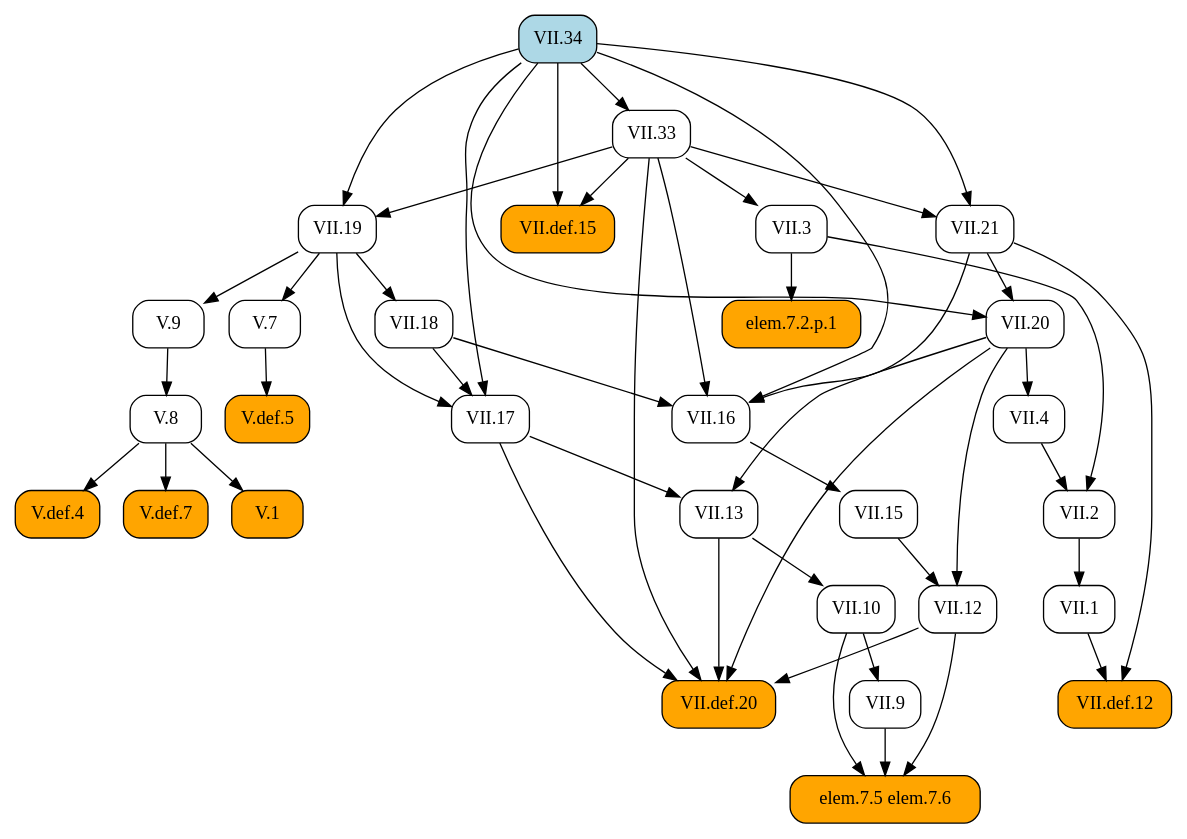
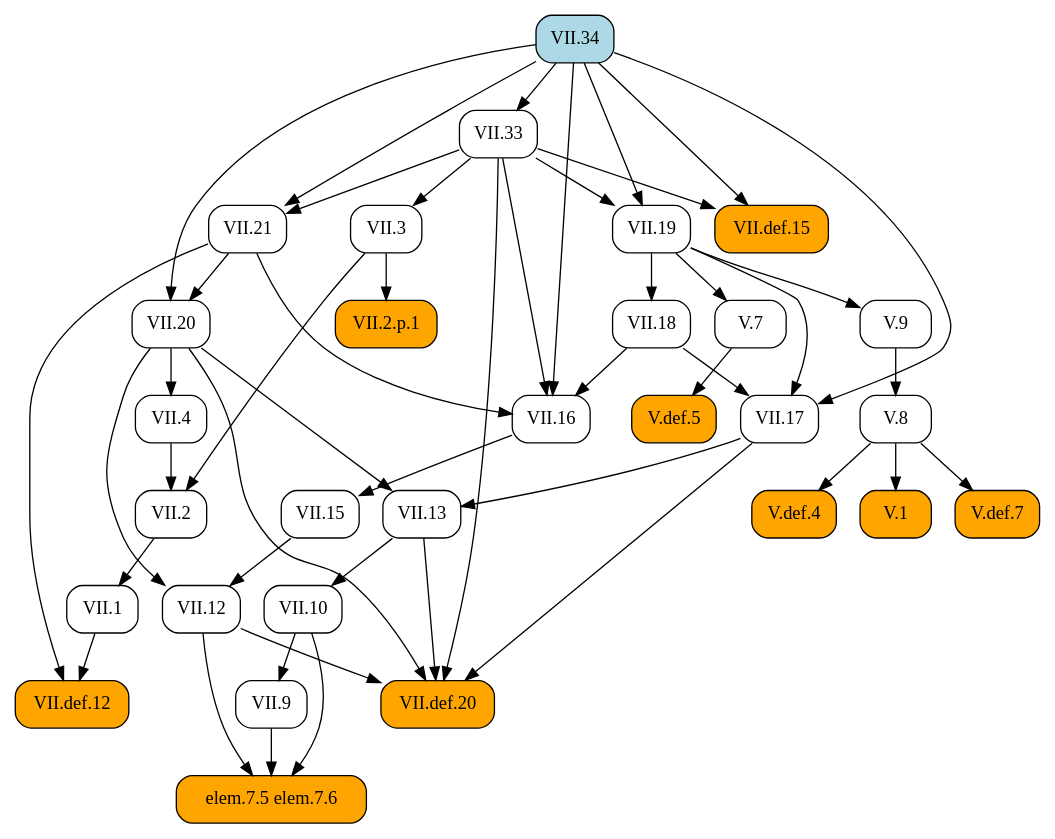
Before and after one commit to geometor/elements: the diagram in docsrc/heath/VII/34/index.rst, drawn with Graphviz. The commit also changed 484 other files, not shown here.

```diff
--- a/docsrc/heath/VII/34/index.rst
+++ b/docsrc/heath/VII/34/index.rst
@@ -81,80 +81,80 @@
    digraph {
      rankdir="TB";
      node [shape=box, style=rounded];
-     "VII.def.12" [style="rounded,filled", fillcolor=orange, URL="/heath/VII/def.12/", target="_top"];
-     "V.8" [URL="/heath/V/8/", target="_top"];
      "VII.33" [URL="/heath/VII/33/", target="_top"];
-     "VII.1" [URL="/heath/VII/1/", target="_top"];
-     "elem.7.2.p.1" [style="rounded,filled", fillcolor=orange];
-     "VII.10" [URL="/heath/VII/10/", target="_top"];
+     "VII.12" [URL="/heath/VII/12/", target="_top"];
+     "elem.7.5 elem.7.6" [style="rounded,filled", fillcolor=orange];
+     "V.def.7" [style="rounded,filled", fillcolor=orange, URL="/heath/V/def.7/", target="_top"];
      "VII.9" [URL="/heath/VII/9/", target="_top"];
-     "VII.def.15" [style="rounded,filled", fillcolor=orange, URL="/heath/VII/def.15/", target="_top"];
-     "V.def.5" [style="rounded,filled", fillcolor=orange, URL="/heath/V/def.5/", target="_top"];
-     "VII.19" [URL="/heath/VII/19/", target="_top"];
+     "VII.34" [style="rounded,filled", fillcolor=lightblue, URL="/heath/VII/34/", target="_top"];
      "VII.18" [URL="/heath/VII/18/", target="_top"];
      "VII.16" [URL="/heath/VII/16/", target="_top"];
+     "V.7" [URL="/heath/V/7/", target="_top"];
+     "VII.21" [URL="/heath/VII/21/", target="_top"];
+     "V.def.5" [style="rounded,filled", fillcolor=orange, URL="/heath/V/def.5/", target="_top"];
+     "V.def.4" [style="rounded,filled", fillcolor=orange, URL="/heath/V/def.4/", target="_top"];
+     "V.9" [URL="/heath/V/9/", target="_top"];
+     "VII.1" [URL="/heath/VII/1/", target="_top"];
+     "VII.10" [URL="/heath/VII/10/", target="_top"];
+     "V.8" [URL="/heath/V/8/", target="_top"];
+     "VII.13" [URL="/heath/VII/13/", target="_top"];
      "VII.4" [URL="/heath/VII/4/", target="_top"];
-     "VII.21" [URL="/heath/VII/21/", target="_top"];
+     "VII.2.p.1" [style="rounded,filled", fillcolor=orange];
+     "VII.def.12" [style="rounded,filled", fillcolor=orange, URL="/heath/VII/def.12/", target="_top"];
+     "VII.20" [URL="/heath/VII/20/", target="_top"];
      "V.1" [style="rounded,filled", fillcolor=orange, URL="/heath/V/1/", target="_top"];
+     "VII.def.15" [style="rounded,filled", fillcolor=orange, URL="/heath/VII/def.15/", target="_top"];
      "VII.3" [URL="/heath/VII/3/", target="_top"];
      "VII.17" [URL="/heath/VII/17/", target="_top"];
-     "elem.7.5 elem.7.6" [style="rounded,filled", fillcolor=orange];
-     "VII.20" [URL="/heath/VII/20/", target="_top"];
-     "V.7" [URL="/heath/V/7/", target="_top"];
-     "VII.34" [style="rounded,filled", fillcolor=lightblue, URL="/heath/VII/34/", target="_top"];
-     "V.9" [URL="/heath/V/9/", target="_top"];
-     "V.def.4" [style="rounded,filled", fillcolor=orange, URL="/heath/V/def.4/", target="_top"];
-     "VII.13" [URL="/heath/VII/13/", target="_top"];
+     "VII.19" [URL="/heath/VII/19/", target="_top"];
      "VII.2" [URL="/heath/VII/2/", target="_top"];
-     "V.def.7" [style="rounded,filled", fillcolor=orange, URL="/heath/V/def.7/", target="_top"];
-     "VII.12" [URL="/heath/VII/12/", target="_top"];
+     "VII.def.20" [style="rounded,filled", fillcolor=orange, URL="/heath/VII/def.20/", target="_top"];
      "VII.15" [URL="/heath/VII/15/", target="_top"];
-     "VII.def.20" [style="rounded,filled", fillcolor=orange, URL="/heath/VII/def.20/", target="_top"];
-     "VII.1" -> "VII.def.12";
-     "VII.21" -> "VII.def.12";
-     "V.9" -> "V.8";
      "VII.34" -> "VII.33";
-     "VII.2" -> "VII.1";
-     "VII.3" -> "elem.7.2.p.1";
-     "VII.13" -> "VII.10";
+     "VII.15" -> "VII.12";
+     "VII.20" -> "VII.12";
+     "VII.9" -> "elem.7.5 elem.7.6";
+     "VII.10" -> "elem.7.5 elem.7.6";
+     "VII.12" -> "elem.7.5 elem.7.6";
+     "V.8" -> "V.def.7";
      "VII.10" -> "VII.9";
-     "VII.33" -> "VII.def.15";
-     "VII.34" -> "VII.def.15";
-     "V.7" -> "V.def.5";
-     "VII.33" -> "VII.19";
-     "VII.34" -> "VII.19";
      "VII.19" -> "VII.18";
      "VII.18" -> "VII.16";
      "VII.21" -> "VII.16";
      "VII.33" -> "VII.16";
      "VII.34" -> "VII.16";
-     "VII.20" -> "VII.4";
+     "VII.19" -> "V.7";
      "VII.33" -> "VII.21";
      "VII.34" -> "VII.21";
+     "V.7" -> "V.def.5";
+     "V.8" -> "V.def.4";
+     "VII.19" -> "V.9";
+     "VII.2" -> "VII.1";
+     "VII.13" -> "VII.10";
+     "V.9" -> "V.8";
+     "VII.17" -> "VII.13";
+     "VII.20" -> "VII.13";
+     "VII.20" -> "VII.4";
+     "VII.3" -> "VII.2.p.1";
+     "VII.1" -> "VII.def.12";
+     "VII.21" -> "VII.def.12";
+     "VII.21" -> "VII.20";
+     "VII.34" -> "VII.20";
      "V.8" -> "V.1";
+     "VII.33" -> "VII.def.15";
+     "VII.34" -> "VII.def.15";
      "VII.33" -> "VII.3";
      "VII.18" -> "VII.17";
      "VII.19" -> "VII.17";
      "VII.34" -> "VII.17";
-     "VII.9" -> "elem.7.5 elem.7.6";
-     "VII.10" -> "elem.7.5 elem.7.6";
-     "VII.12" -> "elem.7.5 elem.7.6";
-     "VII.21" -> "VII.20";
-     "VII.34" -> "VII.20";
-     "VII.19" -> "V.7";
-     "VII.19" -> "V.9";
-     "V.8" -> "V.def.4";
-     "VII.17" -> "VII.13";
-     "VII.20" -> "VII.13";
+     "VII.33" -> "VII.19";
+     "VII.34" -> "VII.19";
      "VII.3" -> "VII.2";
      "VII.4" -> "VII.2";
-     "V.8" -> "V.def.7";
-     "VII.15" -> "VII.12";
-     "VII.20" -> "VII.12";
-     "VII.16" -> "VII.15";
      "VII.12" -> "VII.def.20";
      "VII.13" -> "VII.def.20";
      "VII.17" -> "VII.def.20";
      "VII.20" -> "VII.def.20";
      "VII.33" -> "VII.def.20";
+     "VII.16" -> "VII.15";
    }
```
